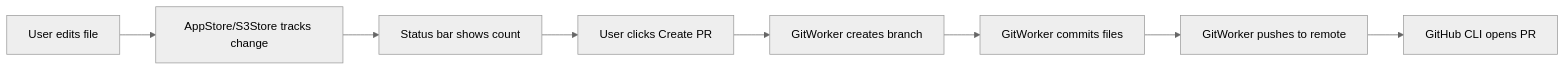
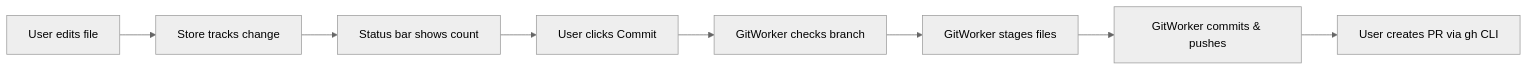
One commit to lRoMYl/DHBootlegToolkit changed the second of 5 diagrams in README.md. Above: the diagram before and after it, drawn with Mermaid (neutral theme). The commit also changed other lines of this file, not shown here.

````diff
--- a/README.md
+++ b/README.md
@@ -241,13 +374,13 @@
 ```mermaid
 flowchart LR
     Edit[User edits file]
-    Track[AppStore/S3Store tracks change]
+    Track[Store tracks change]
     Badge[Status bar shows count]
-    PR[User clicks Create PR]
-    Branch[GitWorker creates branch]
-    Commit[GitWorker commits files]
-    Push[GitWorker pushes to remote]
-    GH[GitHub CLI opens PR]
+    Commit[User clicks Commit]
+    Branch[GitWorker checks branch]
+    Stage[GitWorker stages files]
+    Push[GitWorker commits & pushes]
+    PR[User creates PR via gh CLI]
 
-    Edit --> Track --> Badge --> PR --> Branch --> Commit --> Push --> GH
+    Edit --> Track --> Badge --> Commit --> Branch --> Stage --> Push --> PR
 ```
````
